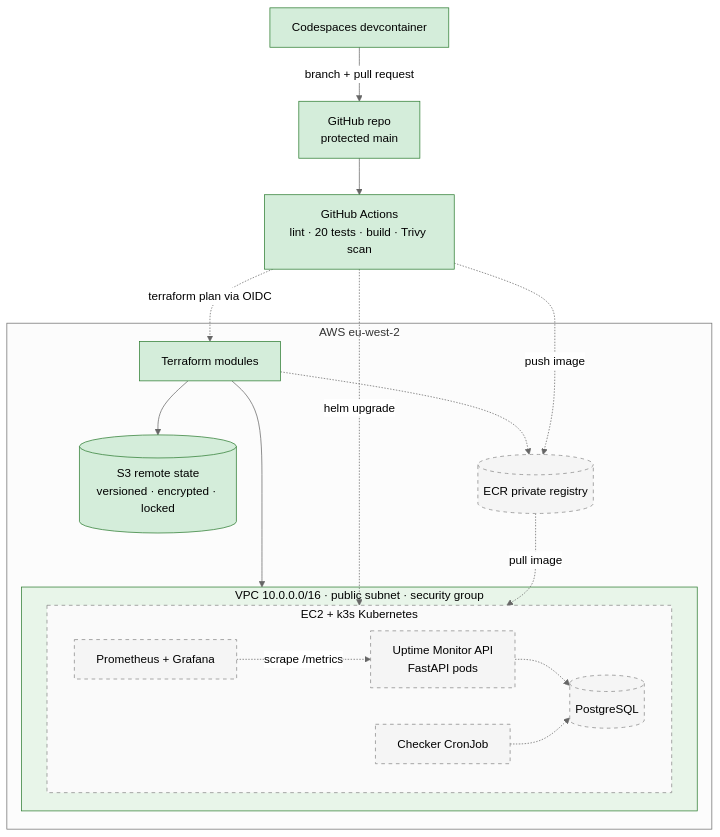
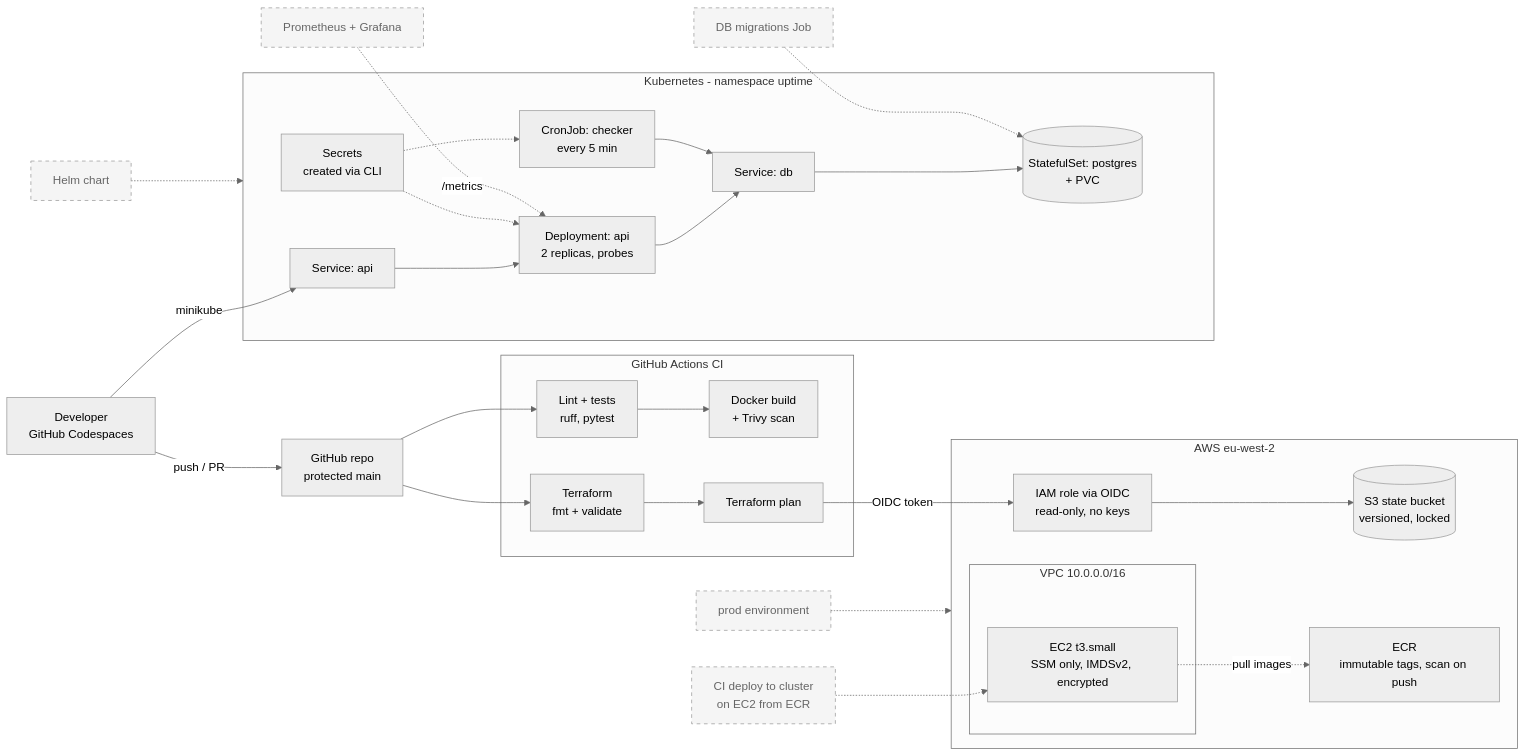
Before and after one commit to AmmaarahMaroof/aws-k8s-platform: the diagram in README.md, drawn with Mermaid (neutral theme).

Commit message:
Update architecture diagram for Kubernetes deployment

````diff
--- a/README.md
+++ b/README.md
@@ -9,35 +9,50 @@
 ```mermaid
-flowchart TB
-  Dev[Codespaces devcontainer] -->|branch + pull request| GH[GitHub repo<br/>protected main]
-  GH --> CI[GitHub Actions<br/>lint · 20 tests · build · Trivy scan]
+flowchart LR
+    dev["Developer<br/>GitHub Codespaces"] -->|"push / PR"| repo["GitHub repo<br/>protected main"]
 
-  subgraph AWS[AWS eu-west-2]
-    TF[Terraform modules] --> S3[(S3 remote state<br/>versioned · encrypted · locked)]
-    TF --> VPC
-    TF -.-> ECR[(ECR private registry)]
+    subgraph ci["GitHub Actions CI"]
+        test["Lint + tests<br/>ruff, pytest"]
+        scan["Docker build<br/>+ Trivy scan"]
+        tfcheck["Terraform<br/>fmt + validate"]
+        tfplan["Terraform plan"]
+    end
+    repo --> test --> scan
+    repo --> tfcheck --> tfplan
 
-    subgraph VPC[VPC 10.0.0.0/16 · public subnet · security group]
-      subgraph K3S[EC2 + k3s Kubernetes]
-        APP[Uptime Monitor API<br/>FastAPI pods]
-        CRON[Checker CronJob]
-        DB[(PostgreSQL)]
-        MON[Prometheus + Grafana]
-      end
+    subgraph aws["AWS eu-west-2"]
+        oidc["IAM role via OIDC<br/>read-only, no keys"]
+        state[("S3 state bucket<br/>versioned, locked")]
+        ecr["ECR<br/>immutable tags, scan on push"]
+        subgraph vpc["VPC 10.0.0.0/16"]
+            ec2["EC2 t3.small<br/>SSM only, IMDSv2, encrypted"]
+        end
     end
-  end
+    tfplan -->|"OIDC token"| oidc
+    oidc --> state
+    ec2 -.->|"pull images"| ecr
 
-  CI -.->|push image| ECR
-  CI -.->|terraform plan via OIDC| TF
-  CI -.->|helm upgrade| K3S
-  ECR -.->|pull image| K3S
-  APP -.-> DB
-  CRON -.-> DB
-  MON -.->|scrape /metrics| APP
+    subgraph k8s["Kubernetes - namespace uptime"]
+        svcapi["Service: api"] --> api["Deployment: api<br/>2 replicas, probes"]
+        cron["CronJob: checker<br/>every 5 min"]
+        svcdb["Service: db"] --> pg[("StatefulSet: postgres<br/>+ PVC")]
+        secret["Secrets<br/>created via CLI"]
+        api --> svcdb
+        cron --> svcdb
+        secret -.-> api
+        secret -.-> cron
+    end
+    dev -->|"minikube"| svcapi
 
-  classDef built fill:#d4edda,stroke:#2e7d32,color:#000
-  classDef planned fill:#f5f5f5,stroke:#888,stroke-dasharray:5 5,color:#000
-  class Dev,GH,CI,TF,S3 built
-  class ECR,APP,CRON,DB,MON planned
-  style VPC fill:#e8f5e9,stroke:#2e7d32,color:#000
-  style K3S fill:#fafafa,stroke:#888,stroke-dasharray:5 5,color:#000
+    helm["Helm chart"]:::planned
+    mig["DB migrations Job"]:::planned
+    deploy["CI deploy to cluster<br/>on EC2 from ECR"]:::planned
+    obs["Prometheus + Grafana"]:::planned
+    prod["prod environment"]:::planned
+    helm -.-> k8s
+    mig -.-> pg
+    deploy -.-> ec2
+    obs -.->|"/metrics"| api
+    prod -.-> aws
+
+    classDef planned stroke-dasharray: 5 5,fill:#f5f5f5,color:#666
 ```
````
